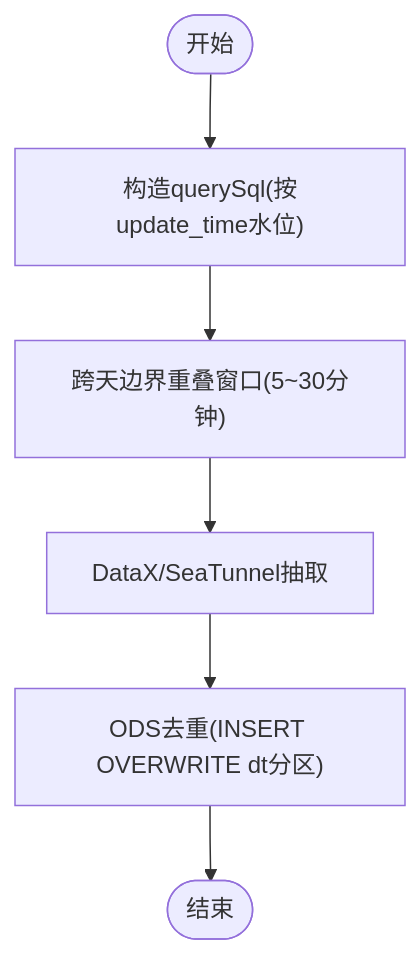
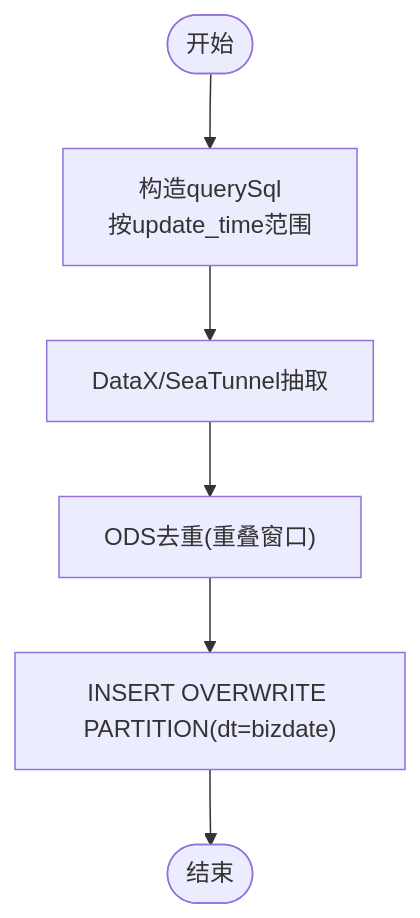
Before and after one commit to 13679659643/Data_Warehouse_Engineering: the fourth of 12 diagrams in .qoder/repowiki/zh/content/知识库系统/ETL模式库.md, drawn with Mermaid. The commit also changed other lines of this file and 88 other files, not shown here.

````diff
--- a/.qoder/repowiki/zh/content/知识库系统/ETL模式库.md
+++ b/.qoder/repowiki/zh/content/知识库系统/ETL模式库.md
@@ -183,8 +194,8 @@
 ```mermaid
 flowchart TD
-Start(["开始"]) --> BuildSQL["构造querySql(按update_time水位)"]
-BuildSQL --> Overlap["跨天边界重叠窗口(5~30分钟)"]
-Overlap --> Extract["DataX/SeaTunnel抽取"]
-Extract --> ODS["ODS去重(INSERT OVERWRITE dt分区)"]
-ODS --> End(["结束"])
+Start(["开始"]) --> BuildSQL["构造querySql<br/>按update_time范围"]
+BuildSQL --> Extract["DataX/SeaTunnel抽取"]
+Extract --> Dedup["ODS去重(重叠窗口)"]
+Dedup --> Overwrite["INSERT OVERWRITE PARTITION(dt=bizdate)"]
+Overwrite --> End(["结束"])
 ```
````
